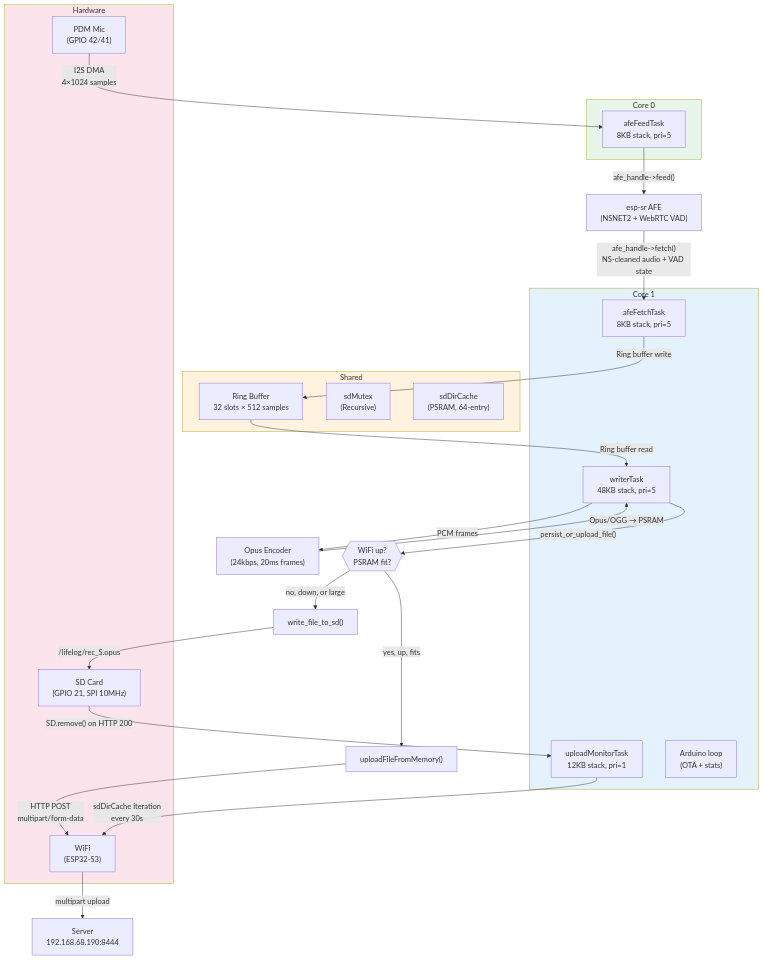
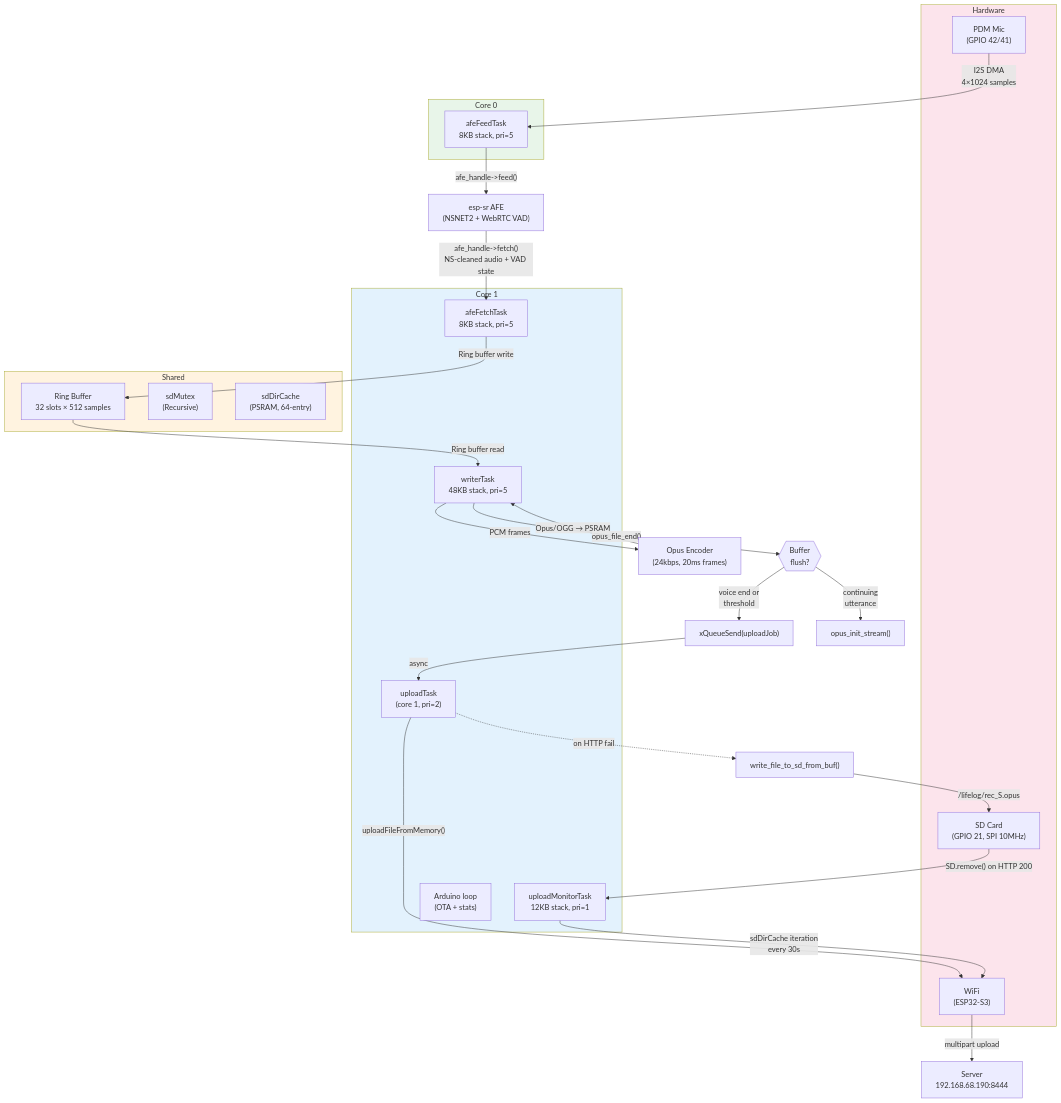
One commit to dlgreenwald/lifelog changed the first of 6 diagrams in firmware-ota/ARCHITECTURE.md. Above: the diagram before and after it, drawn with Mermaid. The commit also changed other lines of this file, not shown here.

Commit message:
docs: update ARCHITECTURE.md — async upload task, new AGC settings, SD flush threshold

````diff
--- a/firmware-ota/ARCHITECTURE.md
+++ b/firmware-ota/ARCHITECTURE.md
@@ -9,51 +9,54 @@
 ```mermaid
 graph TB
     subgraph Hardware["Hardware"]
         mic["PDM Mic<br/>(GPIO 42/41)"]
         sd["SD Card<br/>(GPIO 21, SPI 10MHz)"]
         wifi["WiFi<br/>(ESP32-S3)"]
     end
 
     subgraph Core0["Core 0"]
         feed["afeFeedTask<br/>8KB stack, pri=5"]
     end
 
     subgraph Core1["Core 1"]
         fetch["afeFetchTask<br/>8KB stack, pri=5"]
         writer["writerTask<br/>48KB stack, pri=5"]
+        upload["uploadTask<br/>16KB stack, pri=2"]
         mon["uploadMonitorTask<br/>12KB stack, pri=1"]
         loop["Arduino loop<br/>(OTA + stats)"]
     end
 
     subgraph Shared["Shared"]
         ring["Ring Buffer<br/>32 slots × 512 samples"]
         mutex["sdMutex<br/>(Recursive)"]
         cache["sdDirCache<br/>(PSRAM, 64-entry)"]
     end
 
     afe["esp-sr AFE<br/>(NSNET2 + WebRTC VAD)"]
     opus["Opus Encoder<br/>(24kbps, 20ms frames)"]
     server["Server<br/>192.168.68.190:8444"]
 
     mic -->|"I2S DMA<br/>4×1024 samples"| feed
     feed -->|"afe_handle->feed()"| afe
     afe -->|"afe_handle->fetch()<br/>NS-cleaned audio + VAD state"| fetch
     fetch -->|"Ring buffer write"| ring
     ring -->|"Ring buffer read"| writer
     writer -->|"PCM frames"| opus
 
     opus -->|"Opus/OGG → PSRAM"| writer
-    writer -->|"persist_or_upload_file()"| decision{{"WiFi up?<br/>PSRAM fit?"}}
-    decision -->|"yes, up, fits"| upload["uploadFileFromMemory()"]
-    decision -->|"no, down, or large"| writeSD["write_file_to_sd()"]
-    upload -->|"HTTP POST<br/>multipart/form-data"| wifi
+    writer -->|"opus_file_end()"| decision{{"Buffer<br/>flush?"}}
+    decision -->|"voice end or<br/>threshold"| enq["xQueueSend(uploadJob)"]
+    decision -->|"continuing<br/>utterance"| reinit["opus_init_stream()"]
+    enq -->|"async"| upload["uploadTask<br/>(core 1, pri=2)"]
+    upload -->|"uploadFileFromMemory()"| wifi
+    upload -.->|"on HTTP fail"| writeSD["write_file_to_sd_from_buf()"]
     writeSD -->|"/lifelog/rec_<epoch>S<n>.opus"| sd
     sd -->|"SD.remove() on HTTP 200"| mon
     mon -->|"sdDirCache iteration<br/>every 30s"| wifi
     wifi -->|"multipart upload"| server
 
     style Core0 fill:#e8f5e9
     style Core1 fill:#e3f2fd
     style Shared fill:#fff3e0
     style Hardware fill:#fce4ec
 ```
````
